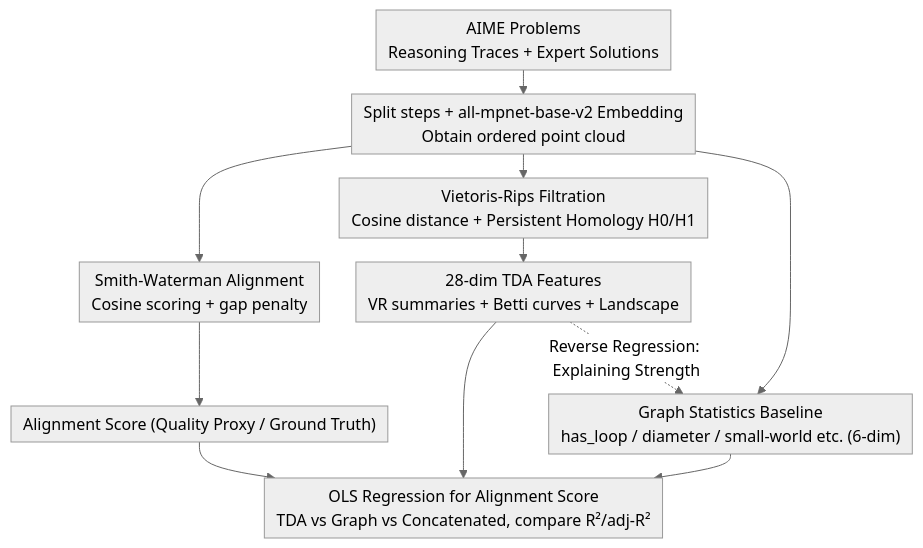
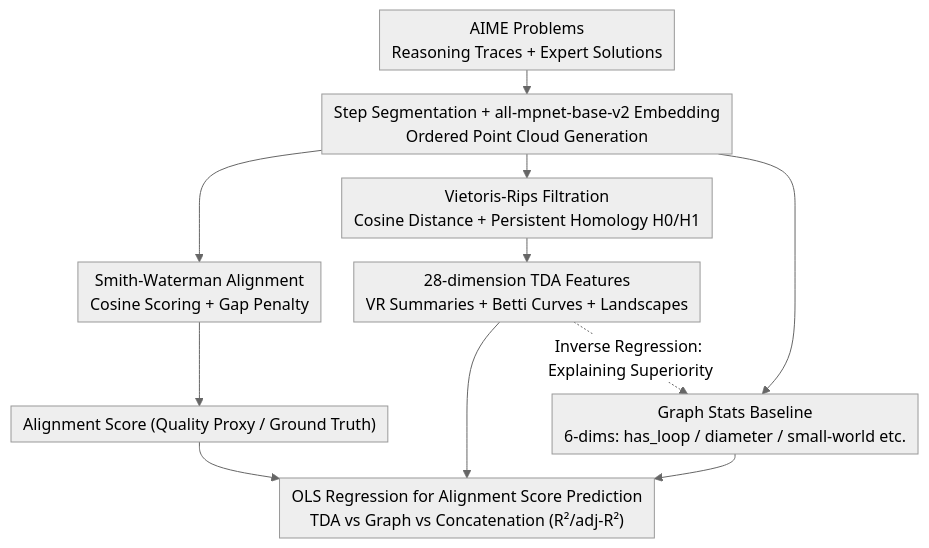
Before and after one commit to zhaoyang97/Paper-Notes-en: the diagram in docs/ICML2026/reinforcement_learning/the_shape_of_reasoning_topological_analysis_of_reasoning_traces_in_large_languag.md, drawn with Mermaid (neutral theme). The commit also changed other lines of this file and 5084 other files, not shown here.

````diff
--- a/docs/ICML2026/reinforcement_learning/the_shape_of_reasoning_topological_analysis_of_reasoning_traces_in_large_languag.md
+++ b/docs/ICML2026/reinforcement_learning/the_shape_of_reasoning_topological_analysis_of_reasoning_traces_in_large_languag.md
@@ -44,14 +44,14 @@
 ```mermaid
 %%{init: {'flowchart': {'rankSpacing': 24, 'nodeSpacing': 28, 'padding': 6, 'wrappingWidth': 400}}}%%
 flowchart TD
-    A["AIME Problems<br/>Reasoning Traces + Expert Solutions"] --> B["Split steps + all-mpnet-base-v2 Embedding<br/>Obtain ordered point cloud"]
-    B --> C["Smith-Waterman Alignment<br/>Cosine scoring + gap penalty"]
+    A["AIME Problems<br/>Reasoning Traces + Expert Solutions"] --> B["Step Segmentation + all-mpnet-base-v2 Embedding<br/>Ordered Point Cloud Generation"]
+    B --> C["Smith-Waterman Alignment<br/>Cosine Scoring + Gap Penalty"]
     C --> D["Alignment Score (Quality Proxy / Ground Truth)"]
-    B --> E["Vietoris-Rips Filtration<br/>Cosine distance + Persistent Homology H0/H1"]
-    E --> F["28-dim TDA Features<br/>VR summaries + Betti curves + Landscape"]
-    B --> G["Graph Statistics Baseline<br/>has_loop / diameter / small-world etc. (6-dim)"]
-    F --> H["OLS Regression for Alignment Score<br/>TDA vs Graph vs Concatenated, compare R²/adj-R²"]
+    B --> E["Vietoris-Rips Filtration<br/>Cosine Distance + Persistent Homology H0/H1"]
+    E --> F["28-dimension TDA Features<br/>VR Summaries + Betti Curves + Landscapes"]
+    B --> G["Graph Stats Baseline<br/>6-dims: has_loop / diameter / small-world etc."]
+    F --> H["OLS Regression for Alignment Score Prediction<br/>TDA vs Graph vs Concatenation (R²/adj-R²)"]
     G --> H
     D --> H
-    F -.->|Reverse Regression: Explaining Strength| G
+    F -.->|Inverse Regression: Explaining Superiority| G
 ```
````
